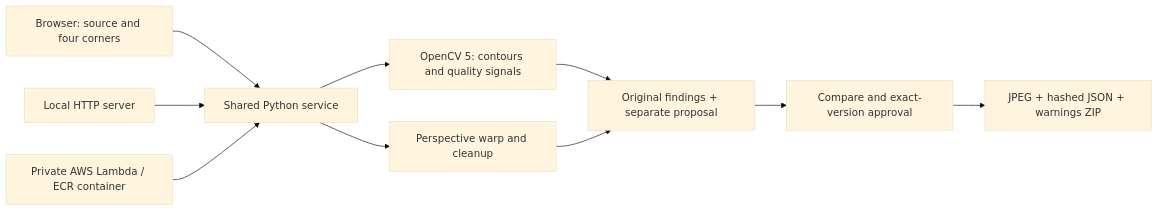
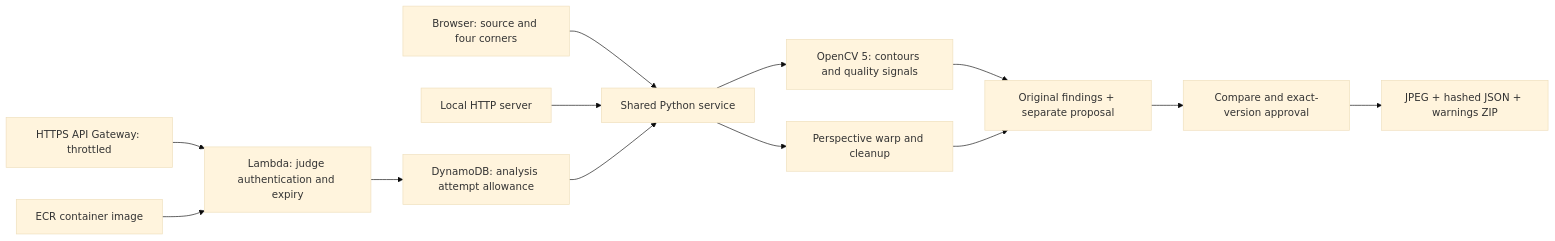
The diagram in README.md (redwanrahman-cloud/capturegate), drawn with Mermaid (base theme) before and after one commit. The commit also changed other lines of this file and 9 other files, not shown here.

````diff
--- a/README.md
+++ b/README.md
@@ -30,12 +34,15 @@
 ```mermaid
 flowchart LR
  A[Browser: source and four corners] --> B[Shared Python service]
  B --> C[OpenCV 5: contours and quality signals]
  B --> D[Perspective warp and cleanup]
  C --> E[Original findings + separate proposal]
  D --> E
  E --> F[Compare and exact-version approval]
  F --> G[JPEG + hashed JSON + warnings ZIP]
  H[Local HTTP server] --> B
- I[Private AWS Lambda / ECR container] --> B
+ I[HTTPS API Gateway: throttled] --> J[Lambda: judge authentication and expiry]
+ J --> K[DynamoDB: analysis attempt allowance]
+ K --> B
+ L[ECR container image] --> J
 ```
````
